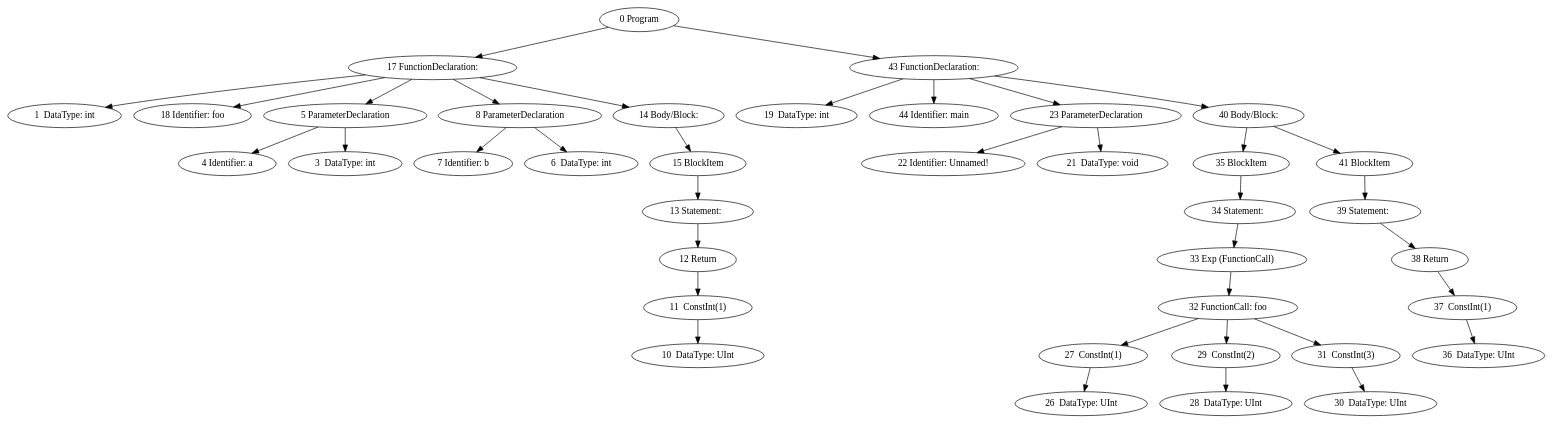
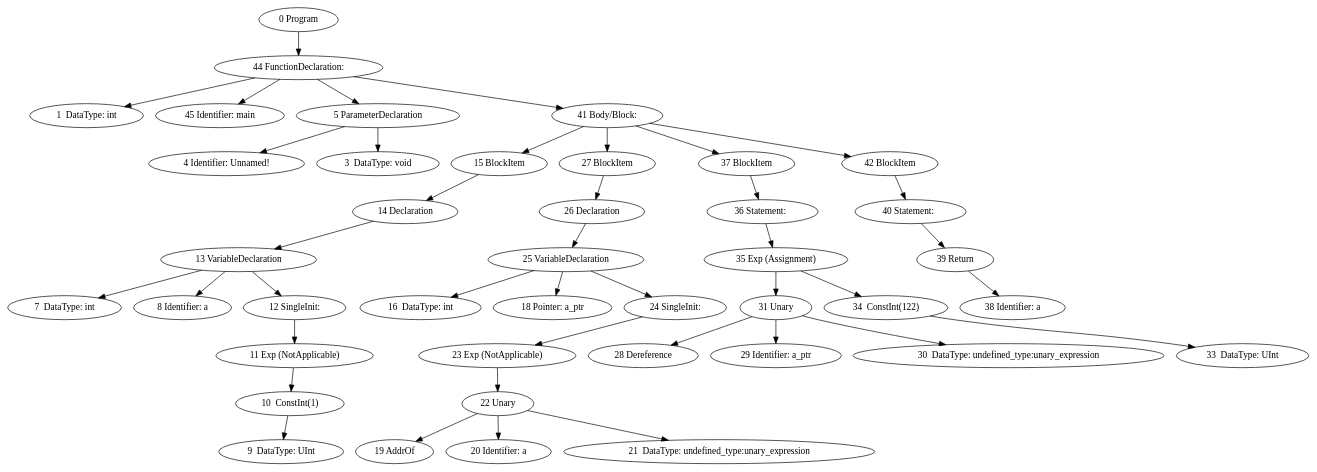
One commit to Thewbi/stm8_asm changed the diagram in abstract_syntax_tree.dot. Above: the diagram before and after it, drawn with Graphviz. The commit also changed 34 other files, not shown here.

```diff
--- a/abstract_syntax_tree.dot
+++ b/abstract_syntax_tree.dot
@@ -1,77 +1,83 @@
 digraph {
 0 [label="0 Program"]
-17 [label="17 FunctionDeclaration: "]
+44 [label="44 FunctionDeclaration: "]
 1 [label="1  DataType: int"]
-17 -> 1
-18 [label="18 Identifier: foo"]
-17 -> 18
-4 [label="4 Identifier: a"]
-3 [label="3  DataType: int"]
+44 -> 1
+45 [label="45 Identifier: main"]
+44 -> 45
+4 [label="4 Identifier: Unnamed!"]
+3 [label="3  DataType: void"]
 5 [label="5 ParameterDeclaration"]
 5 -> 4
 5 -> 3
-17 -> 5
-7 [label="7 Identifier: b"]
-6 [label="6  DataType: int"]
-8 [label="8 ParameterDeclaration"]
-8 -> 7
-8 -> 6
-17 -> 8
-14 [label="14 Body/Block: "]
-17 -> 14
+44 -> 5
+41 [label="41 Body/Block: "]
+44 -> 41
 15 [label="15 BlockItem"]
-11 [label="11  ConstInt(1)"]
-10 [label="10  DataType: UInt"]
+14 [label="14 Declaration"]
+7 [label="7  DataType: int"]
+8 [label="8 Identifier: a"]
+12 [label="12 SingleInit: "]
+11 [label="11 Exp (NotApplicable)"]
+10 [label="10  ConstInt(1)"]
+9 [label="9  DataType: UInt"]
+10 -> 9
 11 -> 10
-12 [label="12 Return"]
 12 -> 11
-13 [label="13 Statement:  "]
+13 [label="13 VariableDeclaration"]
+13 -> 7
+13 -> 8
 13 -> 12
-15 -> 13
-14 -> 15
-0 -> 17
-43 [label="43 FunctionDeclaration: "]
-19 [label="19  DataType: int"]
-43 -> 19
-44 [label="44 Identifier: main"]
-43 -> 44
-22 [label="22 Identifier: Unnamed!"]
-21 [label="21  DataType: void"]
-23 [label="23 ParameterDeclaration"]
+14 -> 13
+15 -> 14
+41 -> 15
+27 [label="27 BlockItem"]
+26 [label="26 Declaration"]
+16 [label="16  DataType: int"]
+18 [label="18 Pointer: a_ptr"]
+24 [label="24 SingleInit: "]
+23 [label="23 Exp (NotApplicable)"]
+19 [label="19 AddrOf"]
+20 [label="20 Identifier: a"]
+21 [label="21  DataType: undefined_type:unary_expression"]
+22 [label="22 Unary"]
+22 -> 19
+22 -> 20
+22 -> 21
 23 -> 22
-23 -> 21
-43 -> 23
-40 [label="40 Body/Block: "]
-43 -> 40
-35 [label="35 BlockItem"]
-33 [label="33 Exp (FunctionCall)"]
-32 [label="32 FunctionCall: foo"]
-27 [label="27  ConstInt(1)"]
-26 [label="26  DataType: UInt"]
+24 -> 23
+25 [label="25 VariableDeclaration"]
+25 -> 16
+25 -> 18
+25 -> 24
+26 -> 25
 27 -> 26
-32 -> 27
-29 [label="29  ConstInt(2)"]
-28 [label="28  DataType: UInt"]
-29 -> 28
-32 -> 29
-31 [label="31  ConstInt(3)"]
-30 [label="30  DataType: UInt"]
+41 -> 27
+37 [label="37 BlockItem"]
+35 [label="35 Exp (Assignment)"]
+28 [label="28 Dereference"]
+29 [label="29 Identifier: a_ptr"]
+30 [label="30  DataType: undefined_type:unary_expression"]
+31 [label="31 Unary"]
+31 -> 28
+31 -> 29
 31 -> 30
-32 -> 31
-33 -> 32
-34 [label="34 Statement:  "]
+35 -> 31
+34 [label="34  ConstInt(122)"]
+33 [label="33  DataType: UInt"]
 34 -> 33
 35 -> 34
-40 -> 35
-41 [label="41 BlockItem"]
-37 [label="37  ConstInt(1)"]
-36 [label="36  DataType: UInt"]
+36 [label="36 Statement:  "]
+36 -> 35
 37 -> 36
-38 [label="38 Return"]
-38 -> 37
-39 [label="39 Statement:  "]
+41 -> 37
+42 [label="42 BlockItem"]
+38 [label="38 Identifier: a"]
+39 [label="39 Return"]
 39 -> 38
-41 -> 39
-40 -> 41
-0 -> 43
+40 [label="40 Statement:  "]
+40 -> 39
+42 -> 40
+41 -> 42
+0 -> 44
 }
```
